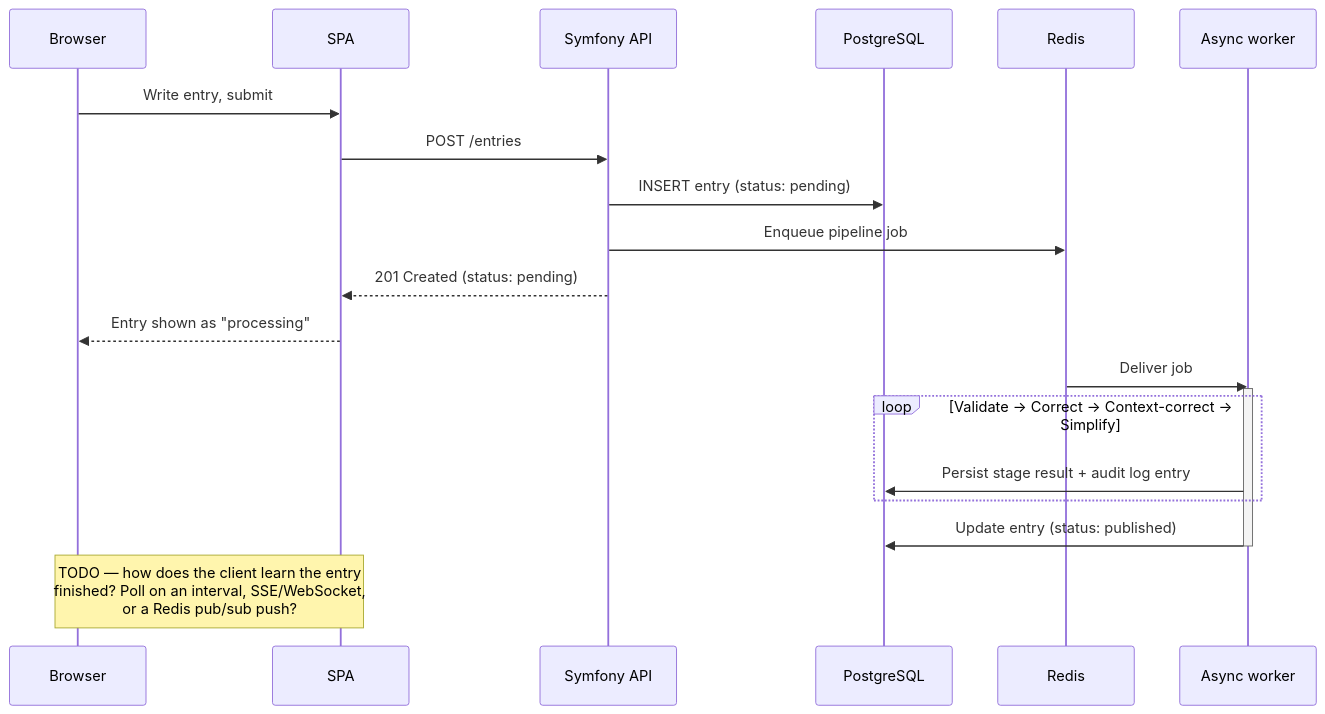
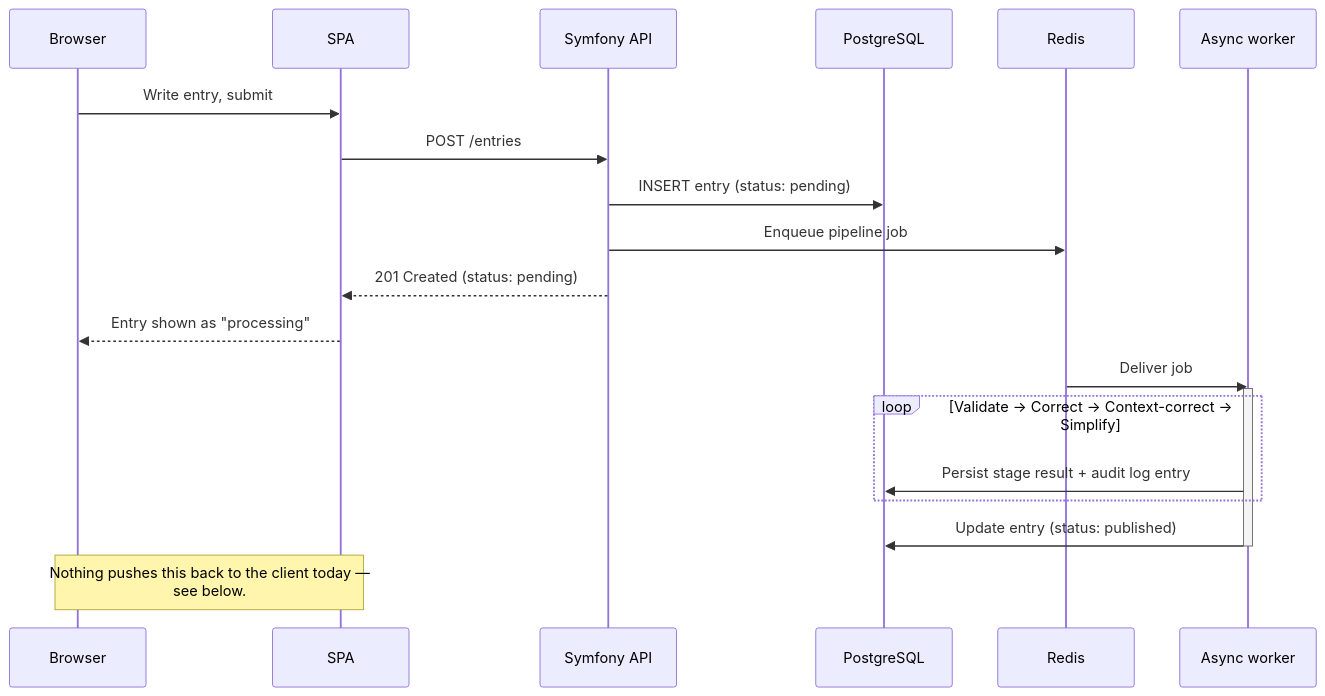
Before and after one commit to sharmilanAmpi/sutras-playbook: the fourth of 7 diagrams in docs/architecture.md, drawn with Mermaid. The commit also changed other lines of this file and 10 other files, not shown here.

````diff
--- a/docs/architecture.md
+++ b/docs/architecture.md
@@ -73,26 +73,26 @@
 ```mermaid
 sequenceDiagram
     participant U as Browser
     participant S as SPA
     participant A as Symfony API
     participant D as PostgreSQL
     participant R as Redis
     participant W as Async worker
 
     U->>S: Write entry, submit
     S->>A: POST /entries
     A->>D: INSERT entry (status: pending)
     A->>R: Enqueue pipeline job
     A-->>S: 201 Created (status: pending)
     S-->>U: Entry shown as "processing"
 
     R->>W: Deliver job
     activate W
     loop Validate -> Correct -> Context-correct -> Simplify
         W->>D: Persist stage result + audit log entry
     end
     W->>D: Update entry (status: published)
     deactivate W
 
-    Note over S,U: TODO — how does the client learn the entry<br/>finished? Poll on an interval, SSE/WebSocket,<br/>or a Redis pub/sub push?
+    Note over S,U: Nothing pushes this back to the client today —<br/>see below.
 ```
````
